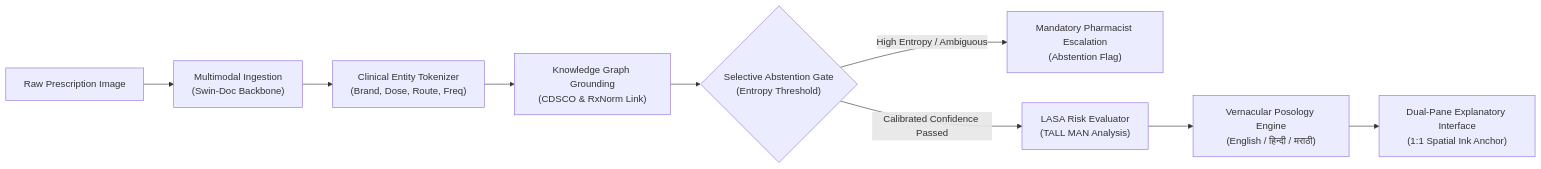
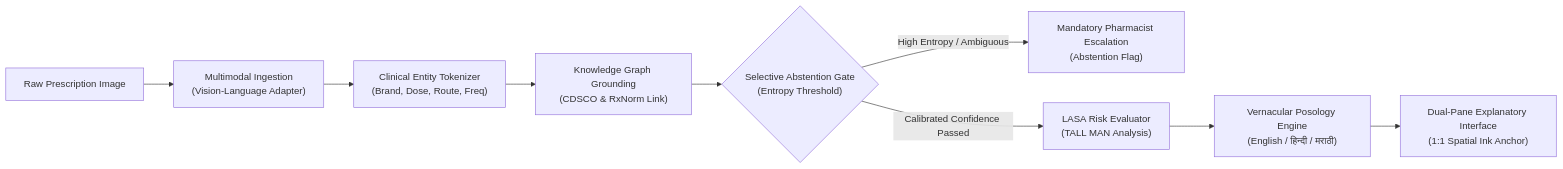
One commit to SwayamMandhani06/genai-prescription-decoder changed the first of 2 diagrams in README.md. Above: the diagram before and after it, drawn with Mermaid. The commit also changed other lines of this file and 44 other files, not shown here.

````diff
--- a/README.md
+++ b/README.md
@@ -38,11 +33,11 @@
 ```mermaid
 flowchart LR
-    A["Raw Prescription Image"] --> B["Multimodal Ingestion<br/>(Swin-Doc Backbone)"]
+    A["Raw Prescription Image"] --> B["Multimodal Ingestion<br/>(Vision-Language Adapter)"]
     B --> C["Clinical Entity Tokenizer<br/>(Brand, Dose, Route, Freq)"]
     C --> D["Knowledge Graph Grounding<br/>(CDSCO & RxNorm Link)"]
     D --> E{"Selective Abstention Gate<br/>(Entropy Threshold)"}
     E -- "High Entropy / Ambiguous" --> F["Mandatory Pharmacist Escalation<br/>(Abstention Flag)"]
     E -- "Calibrated Confidence Passed" --> G["LASA Risk Evaluator<br/>(TALL MAN Analysis)"]
     G --> H["Vernacular Posology Engine<br/>(English / हिन्दी / मराठी)"]
     H --> I["Dual-Pane Explanatory Interface<br/>(1:1 Spatial Ink Anchor)"]
 ```
````
